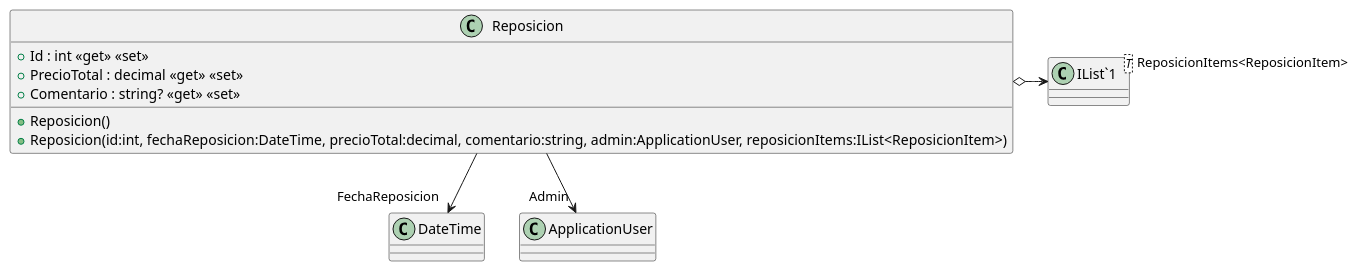
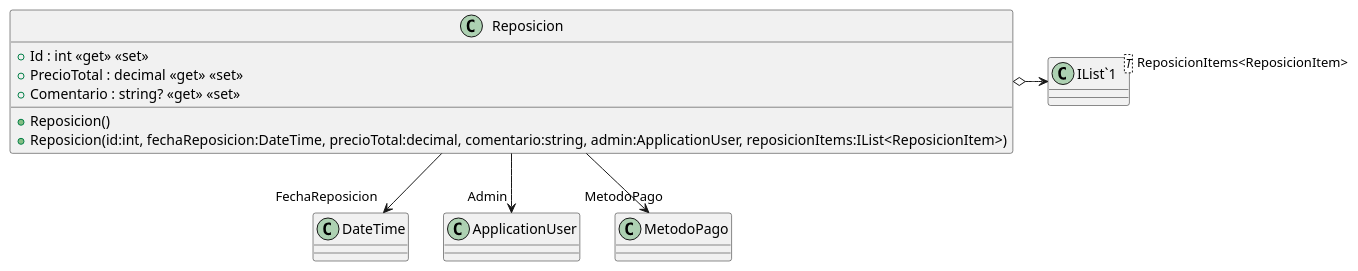
The diagram in src/AppForSEII.API/ClassDiagram/Reposicion.puml (ISII2627LosNenes/ISII2627LosNenes), drawn with PlantUML before and after one commit. The commit also changed 3 other files, not shown here.

```diff
--- a/src/AppForSEII.API/ClassDiagram/Reposicion.puml
+++ b/src/AppForSEII.API/ClassDiagram/Reposicion.puml
@@ -1,14 +1,15 @@
 @startuml
 class Reposicion {
     + Reposicion()
     + Reposicion(id:int, fechaReposicion:DateTime, precioTotal:decimal, comentario:string, admin:ApplicationUser, reposicionItems:IList<ReposicionItem>)
     + Id : int <<get>> <<set>>
     + PrecioTotal : decimal <<get>> <<set>>
     + Comentario : string? <<get>> <<set>>
 }
 class "IList`1"<T> {
 }
 Reposicion --> "FechaReposicion" DateTime
 Reposicion o-> "ReposicionItems<ReposicionItem>" "IList`1"
 Reposicion --> "Admin" ApplicationUser
+Reposicion --> "MetodoPago" MetodoPago
 @enduml
```
